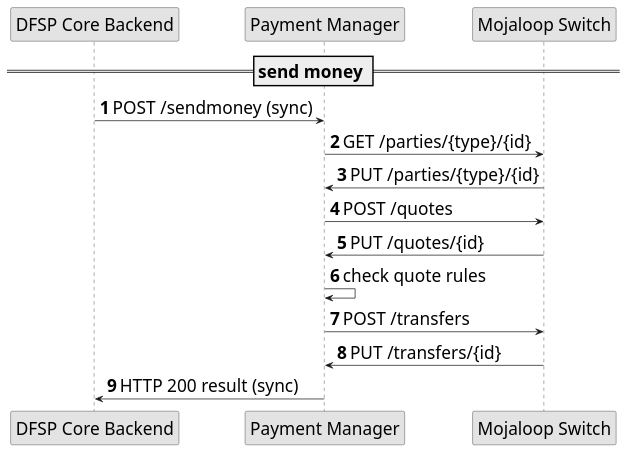
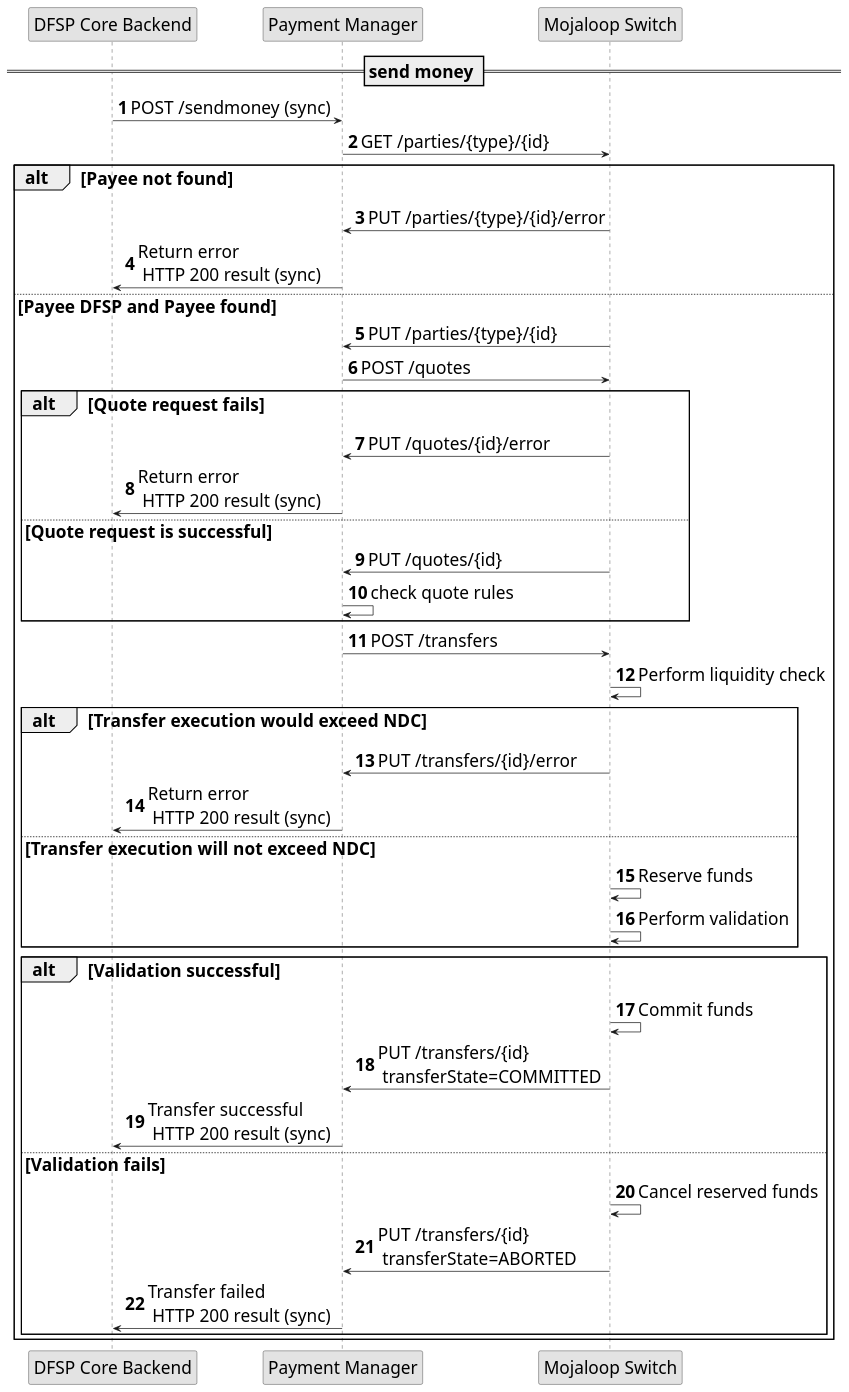
The diagram in modules/api_integration/images/PM4ML_transfer_flow_payer.plantuml (pm4ml/documents), drawn with PlantUML before and after one commit. The commit also changed 10 other files, not shown here.

```diff
--- a/modules/api_integration/images/PM4ML_transfer_flow_payer.plantuml
+++ b/modules/api_integration/images/PM4ML_transfer_flow_payer.plantuml
@@ -1,32 +1,56 @@
 @startuml
 
 autonumber
 skinparam activityFontSize 4
 skinparam activityDiamondFontSize 30
 skinparam activityArrowFontSize 24
 skinparam defaultFontSize 24
 skinparam noteFontSize 24
 skinparam monochrome true
 
 participant "DFSP Core Backend" as backend
 
 participant "Payment Manager" as sob
 
 participant "Mojaloop Switch" as sw
 
 
 == send money ==
 
     backend -> sob: POST /sendmoney (sync)
-    
     sob -> sw: GET /parties/{type}/{id}
+    alt Payee not found
+    sw -> sob: PUT /parties/{type}/{id}/error
+    sob -> backend: Return error \n HTTP 200 result (sync)
+    else Payee DFSP and Payee found
     sw -> sob: PUT /parties/{type}/{id}
     sob -> sw: POST /quotes
+    alt Quote request fails
+    sw -> sob: PUT /quotes/{id}/error
+    sob -> backend: Return error \n HTTP 200 result (sync)
+    else Quote request is successful
     sw -> sob: PUT /quotes/{id}
     sob -> sob: check quote rules
+    end
     sob -> sw: POST /transfers
-    sw -> sob: PUT /transfers/{id}
-    
-    sob -> backend: HTTP 200 result (sync)
+    sw -> sw: Perform liquidity check
+    alt Transfer execution would exceed NDC
+    sw -> sob: PUT /transfers/{id}/error
+    sob -> backend: Return error \n HTTP 200 result (sync)
+    else Transfer execution will not exceed NDC
+    sw -> sw: Reserve funds
+    sw -> sw: Perform validation
+    end
+    alt Validation successful
+    sw -> sw: Commit funds
+    sw -> sob: PUT /transfers/{id} \n transferState=COMMITTED
+    sob -> backend: Transfer successful \n HTTP 200 result (sync)
+    else Validation fails
+    sw -> sw: Cancel reserved funds
+    sw -> sob: PUT /transfers/{id} \n transferState=ABORTED
+    sob -> backend: Transfer failed \n HTTP 200 result (sync)
+    end
+
+    end
 
 @enduml
```
